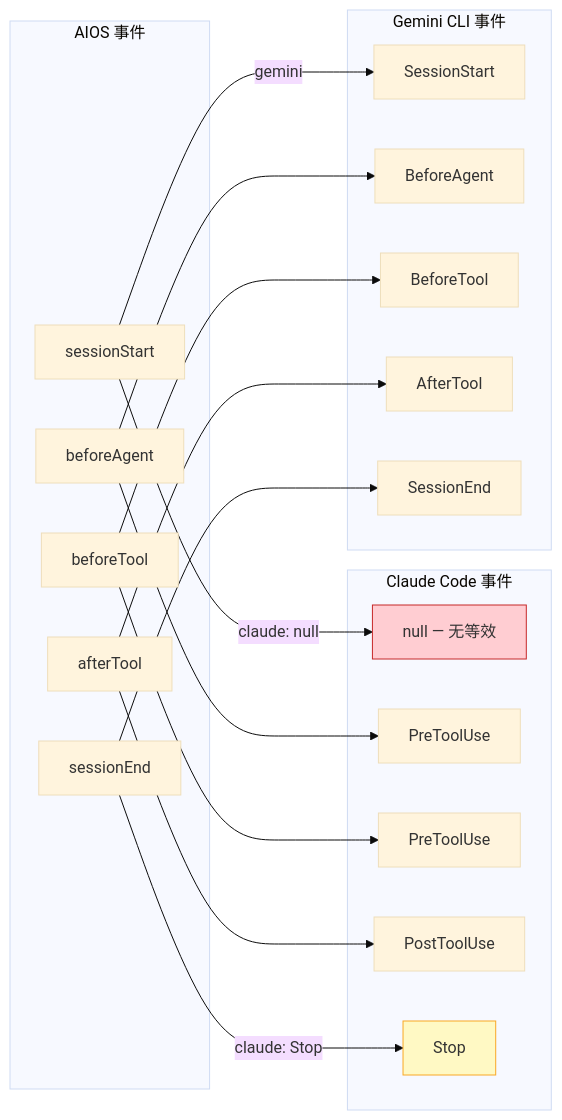
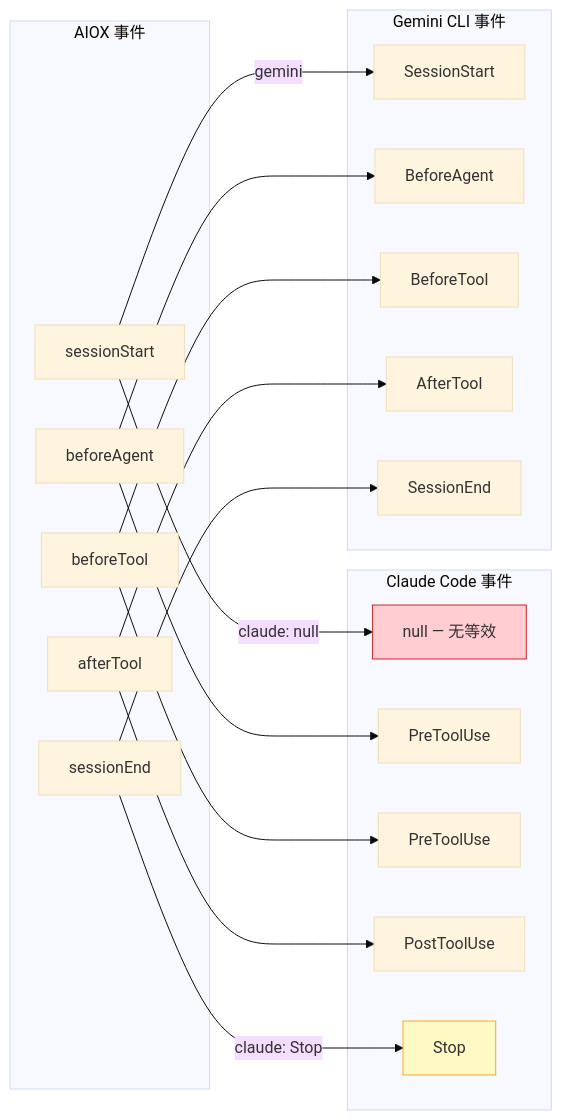
One commit to bychrisr/aios-docs changed diagram 17 of 18 in content/en/docs/zh/guides/MEMORY-SYSTEM.mdx. Above: the diagram before and after it, drawn with Mermaid (base theme). The commit also changed other lines of this file and 564 other files, not shown here.

````diff
--- a/content/en/docs/zh/guides/MEMORY-SYSTEM.mdx
+++ b/content/en/docs/zh/guides/MEMORY-SYSTEM.mdx
@@ -764,40 +764,40 @@
 ```mermaid
 flowchart LR
-    subgraph AIOS_EVENTS["AIOS 事件"]
+    subgraph AIOX_EVENTS["AIOX 事件"]
         E1["sessionStart"]
         E2["beforeAgent"]
         E3["beforeTool"]
         E4["afterTool"]
         E5["sessionEnd"]
     end
 
     subgraph CLAUDE_EVENTS["Claude Code 事件"]
         CE1["null — 无等效"]
         CE2["PreToolUse"]
         CE3["PreToolUse"]
         CE4["PostToolUse"]
         CE5["Stop"]
     end
 
     subgraph GEMINI_EVENTS["Gemini CLI 事件"]
         GE1["SessionStart"]
         GE2["BeforeAgent"]
         GE3["BeforeTool"]
         GE4["AfterTool"]
         GE5["SessionEnd"]
     end
 
     E1 -->|"claude: null"| CE1
     E1 -->|"gemini"| GE1
     E2 --> CE2
     E2 --> GE2
     E3 --> CE3
     E3 --> GE3
     E4 --> CE4
     E4 --> GE4
     E5 -->|"claude: Stop"| CE5
     E5 --> GE5
 
     style CE1 fill:#FFCDD2,stroke:#C62828
     style CE5 fill:#FFF9C4,stroke:#F9A825
 ```
````
